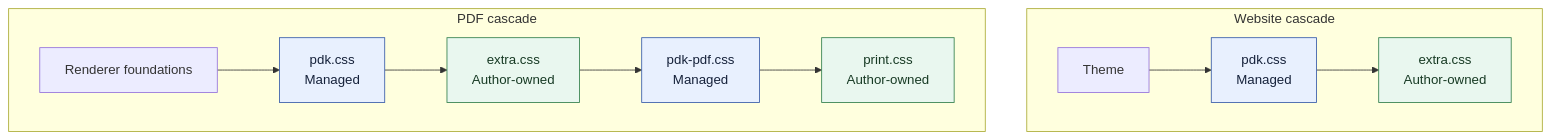
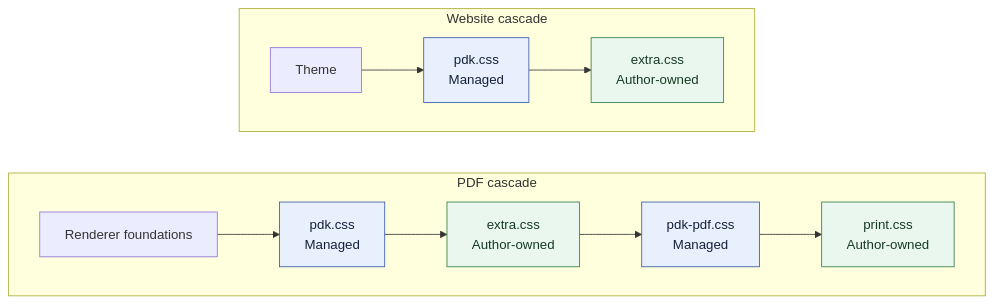
Before and after one commit to buckwem/prodockit-extensions: the diagram in docs/authoring.md, drawn with Mermaid. The commit also changed other lines of this file, not shown here.

````diff
--- a/docs/authoring.md
+++ b/docs/authoring.md
@@ -131,21 +116,23 @@
 ```mermaid
 flowchart TB
     subgraph web[Website cascade]
         direction LR
         theme[Theme] --> wpdk[pdk.css<br/>Managed]
         wpdk --> wextra[extra.css<br/>Author-owned]
     end
 
     subgraph pdf[PDF cascade]
         direction LR
         renderer[Renderer foundations] --> ppdk[pdk.css<br/>Managed]
         ppdk --> pextra[extra.css<br/>Author-owned]
         pextra --> pdkpdf[pdk-pdf.css<br/>Managed]
         pdkpdf --> print[print.css<br/>Author-owned]
     end
 
+    wextra ~~~ renderer
+
     classDef managed fill:#e8f0fe,stroke:#3559a8,color:#15213a
     classDef author fill:#e9f7ef,stroke:#2f7d4a,color:#173a24
     class wpdk,ppdk,pdkpdf managed
     class wextra,pextra,print author
 ```
````
